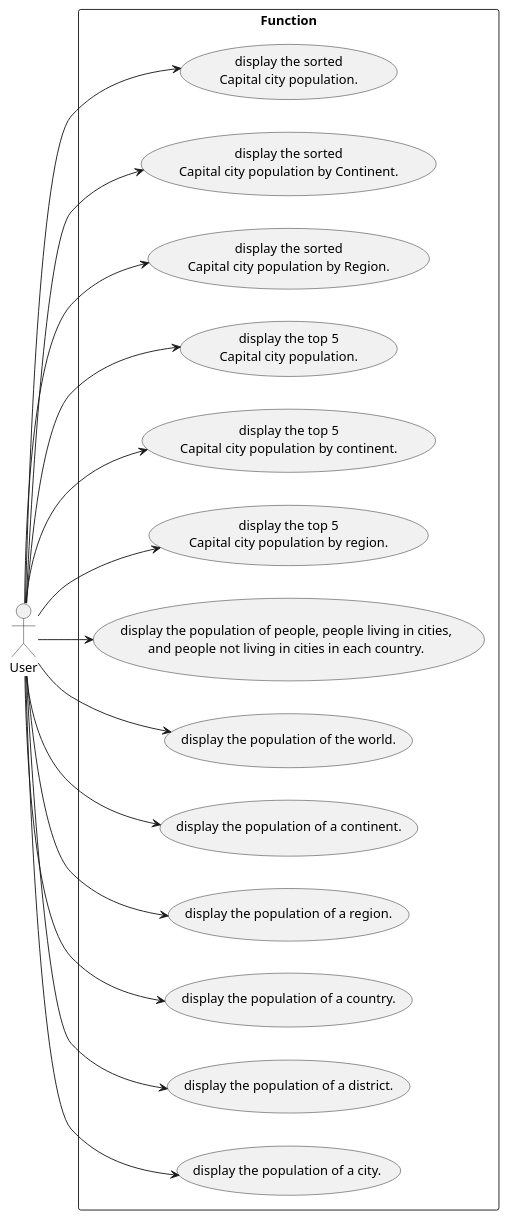
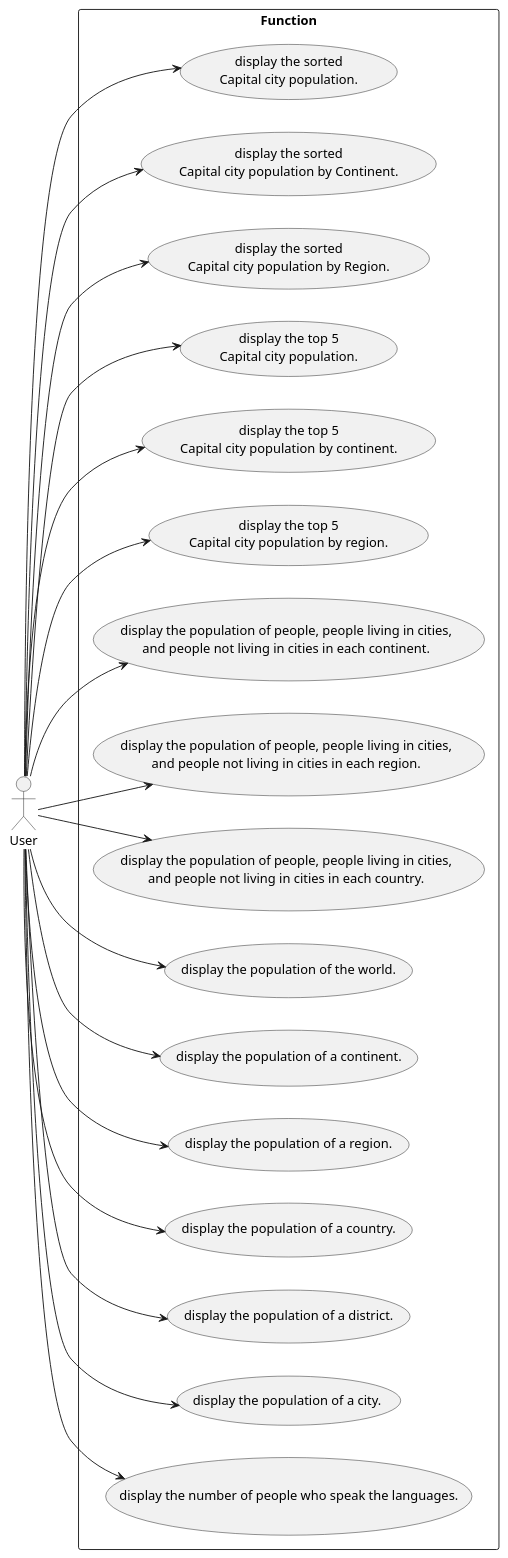
Before and after one commit to WintMyatAung/Group-8: the diagram in use_case/use_case(17-32).puml, drawn with PlantUML. The commit also changed 4 other files, not shown here.

Commit message:
change the function output design, add the usecase diagram and uml diagram and add the unit testing.

```diff
--- a/use_case/use_case(17-32).puml
+++ b/use_case/use_case(17-32).puml
@@ -1,54 +1,65 @@
 @startuml
 left to right direction
 actor User as "User"
 
 rectangle "Function" {
     usecase UC1a as "display the sorted
     Capital city population."
 
     usecase UC2a as "display the sorted
     Capital city population by Continent."
 
     usecase UC3a as "display the sorted
     Capital city population by Region."
 
     usecase UC4a as "display the top 5
     Capital city population."
 
     usecase UC5a as "display the top 5
     Capital city population by continent."
 
     usecase UC6a as "display the top 5
     Capital city population by region."
 
+    usecase UC7a as "display the population of people, people living in cities,
+    and people not living in cities in each continent."
+
+    usecase UC8a as "display the population of people, people living in cities,
+    and people not living in cities in each region."
+
     usecase UC9a as "display the population of people, people living in cities,
     and people not living in cities in each country."
 
     usecase UC10a as "display the population of the world."
 
     usecase UC11a as "display the population of a continent."
 
     usecase UC12a as "display the population of a region."
 
     usecase UC13a as "display the population of a country."
 
     usecase UC14a as "display the population of a district."
 
     usecase UC15a as "display the population of a city."
 
+    usecase UC16a as "display the number of people who speak the languages."
+
 
     User --> UC1a
     User --> UC2a
     User --> UC3a
     User --> UC4a
     User --> UC5a
     User --> UC6a
+    User --> UC7a
+    User --> UC8a
     User --> UC9a
     User --> UC10a
     User --> UC11a
     User --> UC12a
     User --> UC13a
     User --> UC14a
     User --> UC15a
+    User --> UC16a
 }
 @enduml
```
